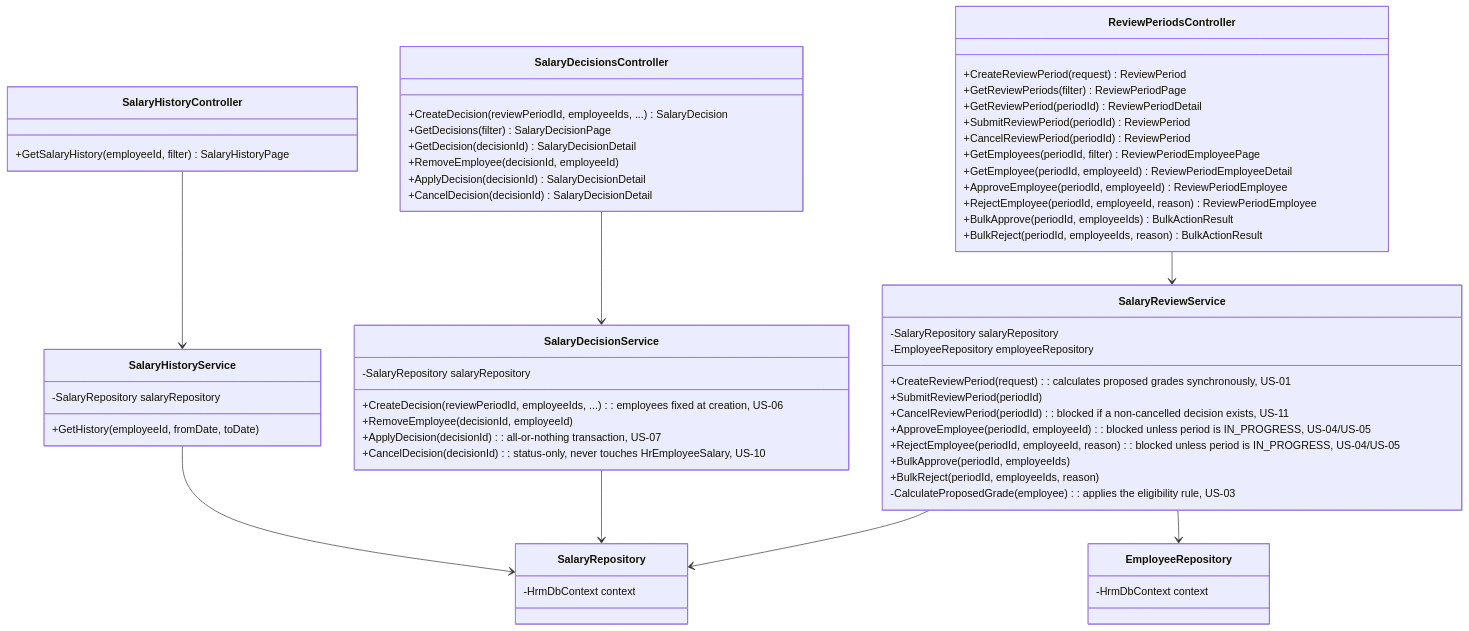
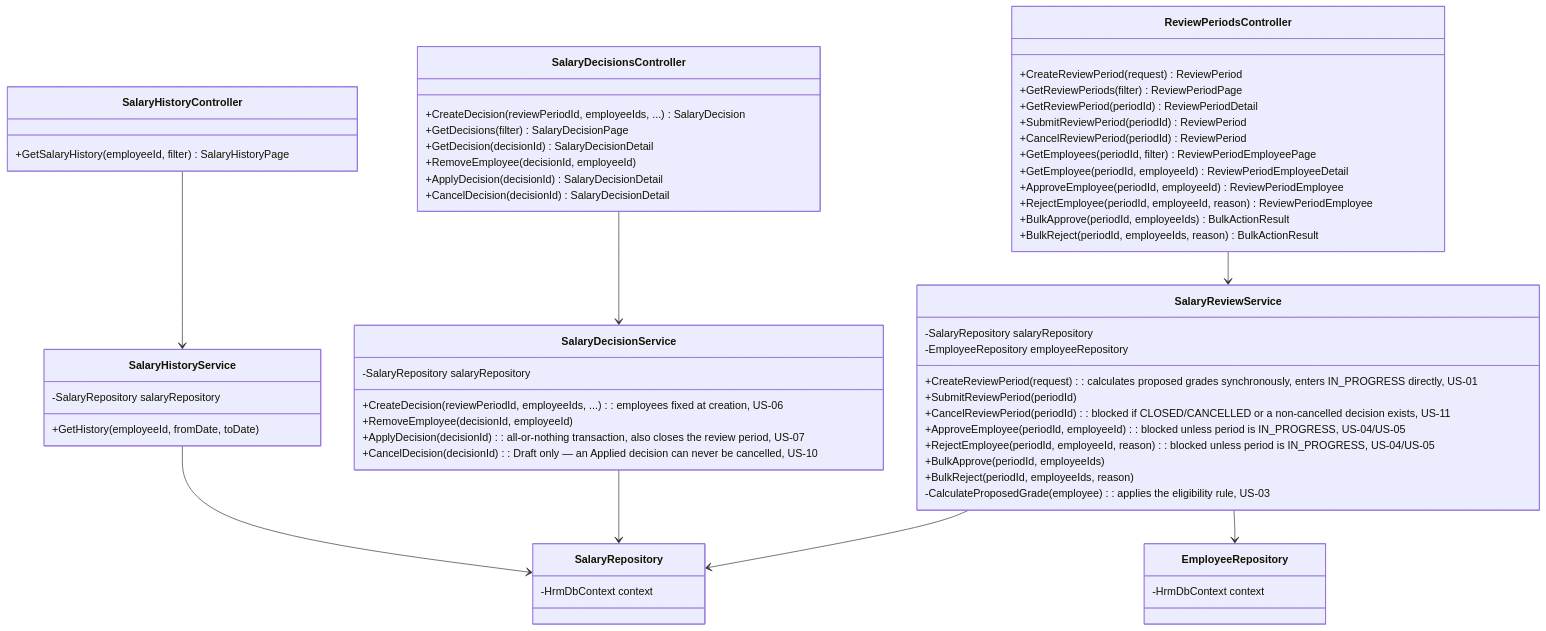
One commit to sang2197/QuanLyNhanSu-NguyenVanSang changed the second of 2 diagrams in Docs/DetailedDesign/ClassDiagram.md. Above: the diagram before and after it, drawn with Mermaid. The commit also changed 20 other files, not shown here.

````diff
--- a/Docs/DetailedDesign/ClassDiagram.md
+++ b/Docs/DetailedDesign/ClassDiagram.md
@@ -112,66 +112,66 @@
 ```mermaid
 classDiagram
     class ReviewPeriodsController {
         +CreateReviewPeriod(request) ReviewPeriod
         +GetReviewPeriods(filter) ReviewPeriodPage
         +GetReviewPeriod(periodId) ReviewPeriodDetail
         +SubmitReviewPeriod(periodId) ReviewPeriod
         +CancelReviewPeriod(periodId) ReviewPeriod
         +GetEmployees(periodId, filter) ReviewPeriodEmployeePage
         +GetEmployee(periodId, employeeId) ReviewPeriodEmployeeDetail
         +ApproveEmployee(periodId, employeeId) ReviewPeriodEmployee
         +RejectEmployee(periodId, employeeId, reason) ReviewPeriodEmployee
         +BulkApprove(periodId, employeeIds) BulkActionResult
         +BulkReject(periodId, employeeIds, reason) BulkActionResult
     }
     class SalaryDecisionsController {
         +CreateDecision(reviewPeriodId, employeeIds, ...) SalaryDecision
         +GetDecisions(filter) SalaryDecisionPage
         +GetDecision(decisionId) SalaryDecisionDetail
         +RemoveEmployee(decisionId, employeeId)
         +ApplyDecision(decisionId) SalaryDecisionDetail
         +CancelDecision(decisionId) SalaryDecisionDetail
     }
     class SalaryHistoryController {
         +GetSalaryHistory(employeeId, filter) SalaryHistoryPage
     }
 
     class SalaryReviewService {
         -SalaryRepository salaryRepository
         -EmployeeRepository employeeRepository
-        +CreateReviewPeriod(request) : calculates proposed grades synchronously, US-01
+        +CreateReviewPeriod(request) : calculates proposed grades synchronously, enters IN_PROGRESS directly, US-01
         +SubmitReviewPeriod(periodId)
-        +CancelReviewPeriod(periodId) : blocked if a non-cancelled decision exists, US-11
+        +CancelReviewPeriod(periodId) : blocked if CLOSED/CANCELLED or a non-cancelled decision exists, US-11
         +ApproveEmployee(periodId, employeeId) : blocked unless period is IN_PROGRESS, US-04/US-05
         +RejectEmployee(periodId, employeeId, reason) : blocked unless period is IN_PROGRESS, US-04/US-05
         +BulkApprove(periodId, employeeIds)
         +BulkReject(periodId, employeeIds, reason)
         -CalculateProposedGrade(employee) : applies the eligibility rule, US-03
     }
     class SalaryDecisionService {
         -SalaryRepository salaryRepository
         +CreateDecision(reviewPeriodId, employeeIds, ...) : employees fixed at creation, US-06
         +RemoveEmployee(decisionId, employeeId)
-        +ApplyDecision(decisionId) : all-or-nothing transaction, US-07
-        +CancelDecision(decisionId) : status-only, never touches HrEmployeeSalary, US-10
+        +ApplyDecision(decisionId) : all-or-nothing transaction, also closes the review period, US-07
+        +CancelDecision(decisionId) : Draft only — an Applied decision can never be cancelled, US-10
     }
     class SalaryHistoryService {
         -SalaryRepository salaryRepository
         +GetHistory(employeeId, fromDate, toDate)
     }
 
     class SalaryRepository {
         -HrmDbContext context
     }
     class EmployeeRepository {
         -HrmDbContext context
     }
 
     ReviewPeriodsController --> SalaryReviewService
     SalaryDecisionsController --> SalaryDecisionService
     SalaryHistoryController --> SalaryHistoryService
     SalaryReviewService --> SalaryRepository
     SalaryReviewService --> EmployeeRepository
     SalaryDecisionService --> SalaryRepository
     SalaryHistoryService --> SalaryRepository
 ```
````
